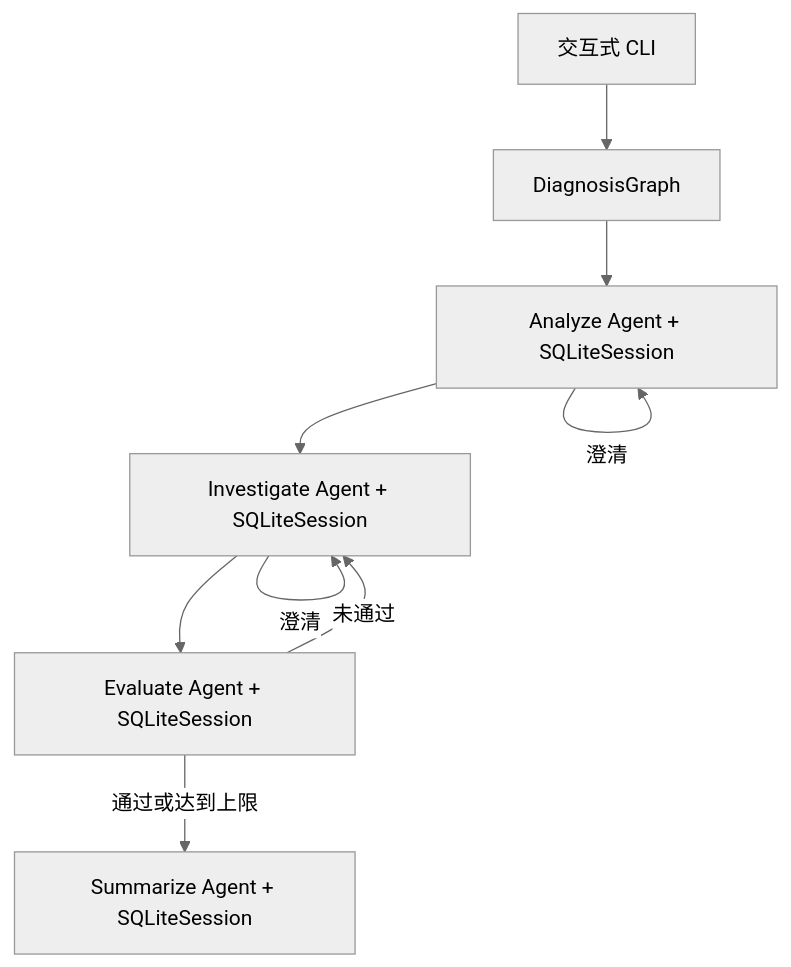
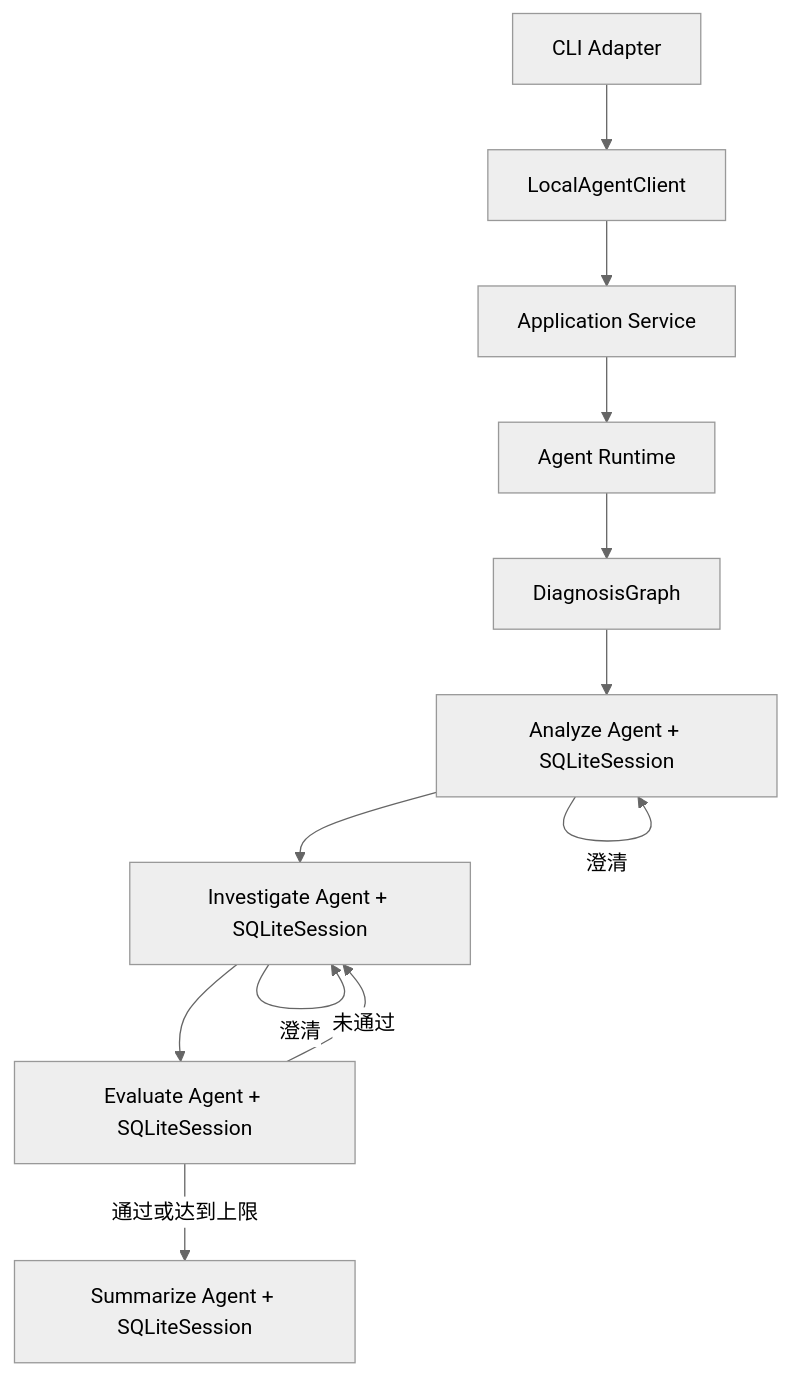
The first of 2 diagrams in docs/architecture.md (Dahaoge666/BugLens), drawn with Mermaid (neutral theme) before and after one commit. The commit also changed other lines of this file and 16 other files, not shown here.

````diff
--- a/docs/architecture.md
+++ b/docs/architecture.md
@@ -5,11 +5,14 @@
 ```mermaid
 flowchart TD
-    CLI[交互式 CLI] --> G[DiagnosisGraph]
+    CLI[CLI Adapter] --> C[LocalAgentClient]
+    C --> APP[Application Service]
+    APP --> R[Agent Runtime]
+    R --> G[DiagnosisGraph]
     G --> A[Analyze Agent + SQLiteSession]
     A --> I[Investigate Agent + SQLiteSession]
     I --> E[Evaluate Agent + SQLiteSession]
     E -- 未通过 --> I
     E -- 通过或达到上限 --> S[Summarize Agent + SQLiteSession]
     A -- 澄清 --> A
     I -- 澄清 --> I
 ```
````
